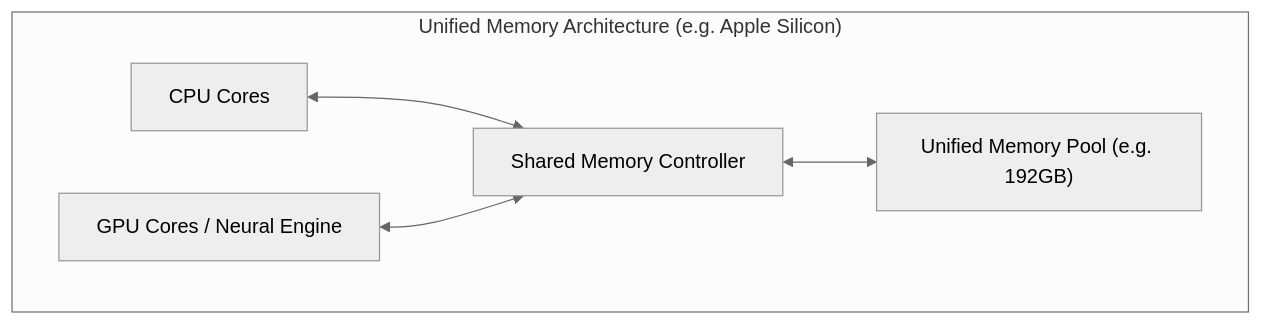
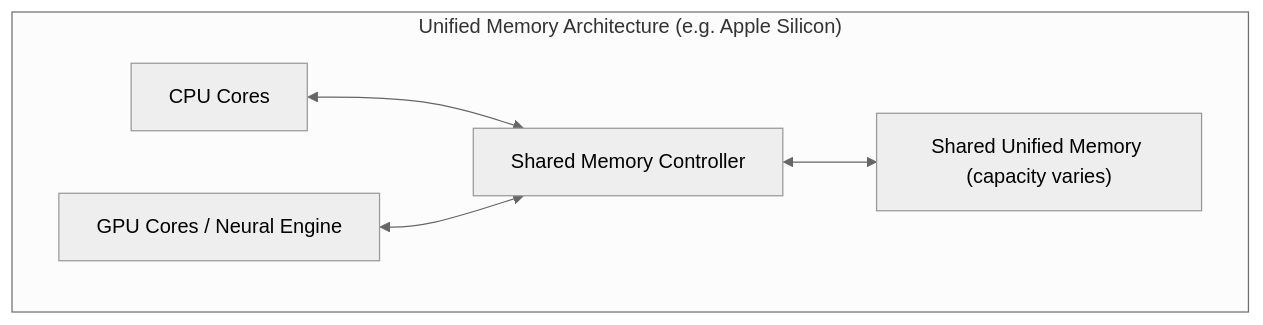
Before and after one commit to kenjinote/blog: the third of 4 diagrams in content/post/AI開発におけるGPUメモリ不足の解消テクニック/index.en.md, drawn with Mermaid (neutral theme). The commit also changed other lines of this file and 24 other files, not shown here.

````diff
--- a/content/post/AI開発におけるGPUメモリ不足の解消テクニック/index.en.md
+++ b/content/post/AI開発におけるGPUメモリ不足の解消テクニック/index.en.md
@@ -155,8 +158,8 @@
 ```mermaid
 graph TD
     subgraph "Unified Memory Architecture (e.g. Apple Silicon)"
         A["CPU Cores"] <--> C["Shared Memory Controller"]
         B["GPU Cores / Neural Engine"] <--> C["Shared Memory Controller"]
-        C["Shared Memory Controller"] <--> D["Unified Memory Pool (e.g. 192GB)"]
+        C["Shared Memory Controller"] <--> D["Shared Unified Memory (capacity varies)"]
     end
 ```
````
